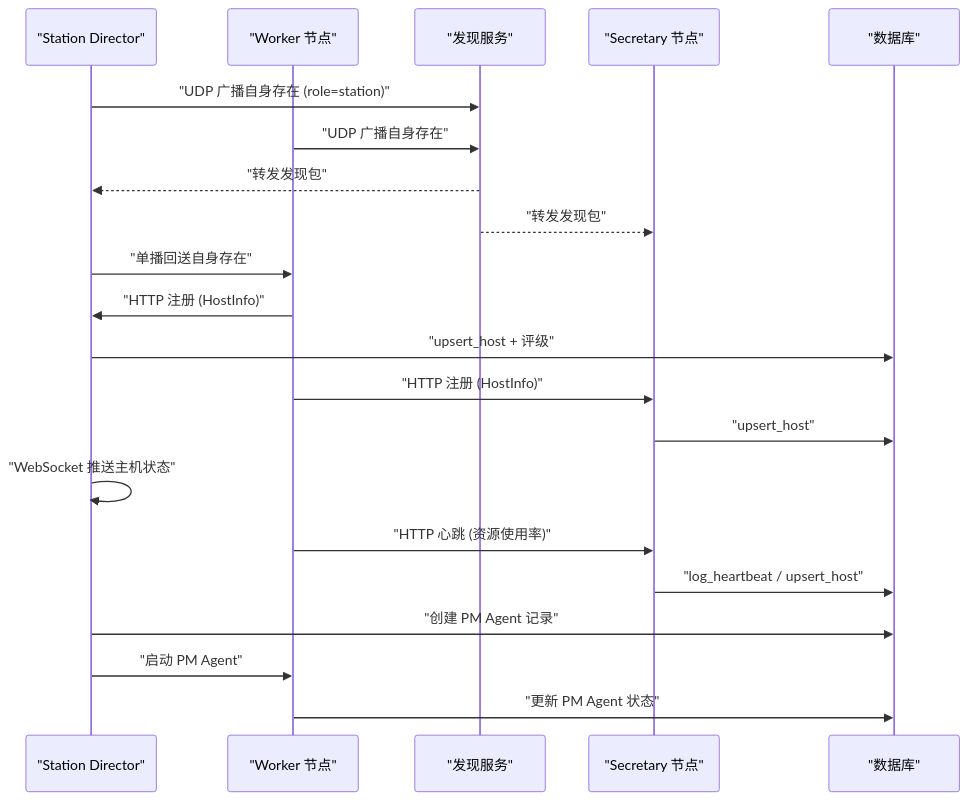
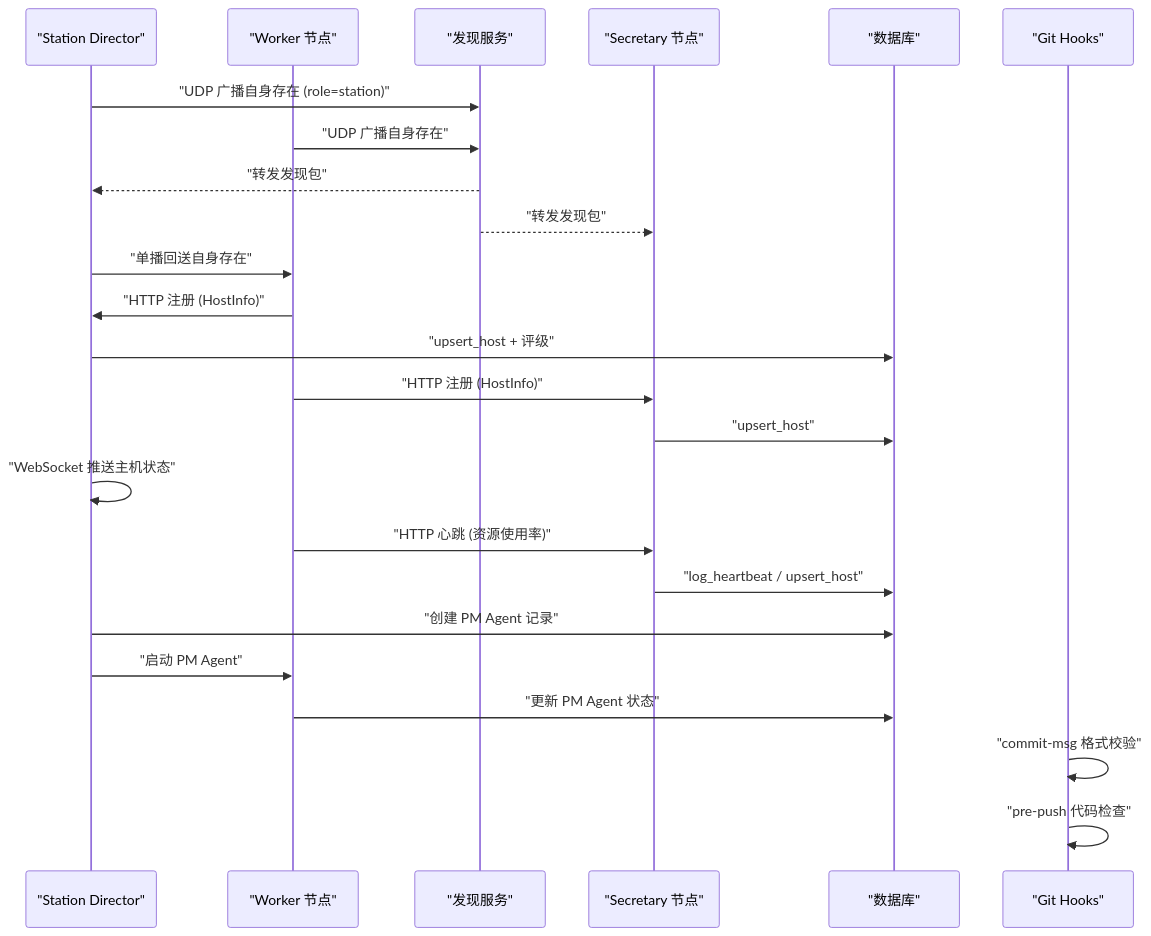
The second of 11 diagrams in .qoder/repowiki/zh/content/部署指南/部署指南.md (targalian/Personal-distributed-workstation), drawn with Mermaid before and after one commit. The commit also changed other lines of this file and 117 other files, not shown here.

````diff
--- a/.qoder/repowiki/zh/content/部署指南/部署指南.md
+++ b/.qoder/repowiki/zh/content/部署指南/部署指南.md
@@ -157,23 +150,26 @@
 ```mermaid
 sequenceDiagram
 participant SD as "Station Director"
 participant W as "Worker 节点"
 participant N as "发现服务"
 participant S as "Secretary 节点"
 participant DB as "数据库"
+participant GH as "Git Hooks"
 SD->>N : "UDP 广播自身存在 (role=station)"
 W->>N : "UDP 广播自身存在"
 N-->>SD : "转发发现包"
 N-->>S : "转发发现包"
 SD->>W : "单播回送自身存在"
 W->>SD : "HTTP 注册 (HostInfo)"
 SD->>DB : "upsert_host + 评级"
 W->>S : "HTTP 注册 (HostInfo)"
 S->>DB : "upsert_host"
 SD->>SD : "WebSocket 推送主机状态"
 W->>S : "HTTP 心跳 (资源使用率)"
 S->>DB : "log_heartbeat / upsert_host"
 SD->>DB : "创建 PM Agent 记录"
 SD->>W : "启动 PM Agent"
 W->>DB : "更新 PM Agent 状态"
+GH->>GH : "commit-msg 格式校验"
+GH->>GH : "pre-push 代码检查"
 ```
````
